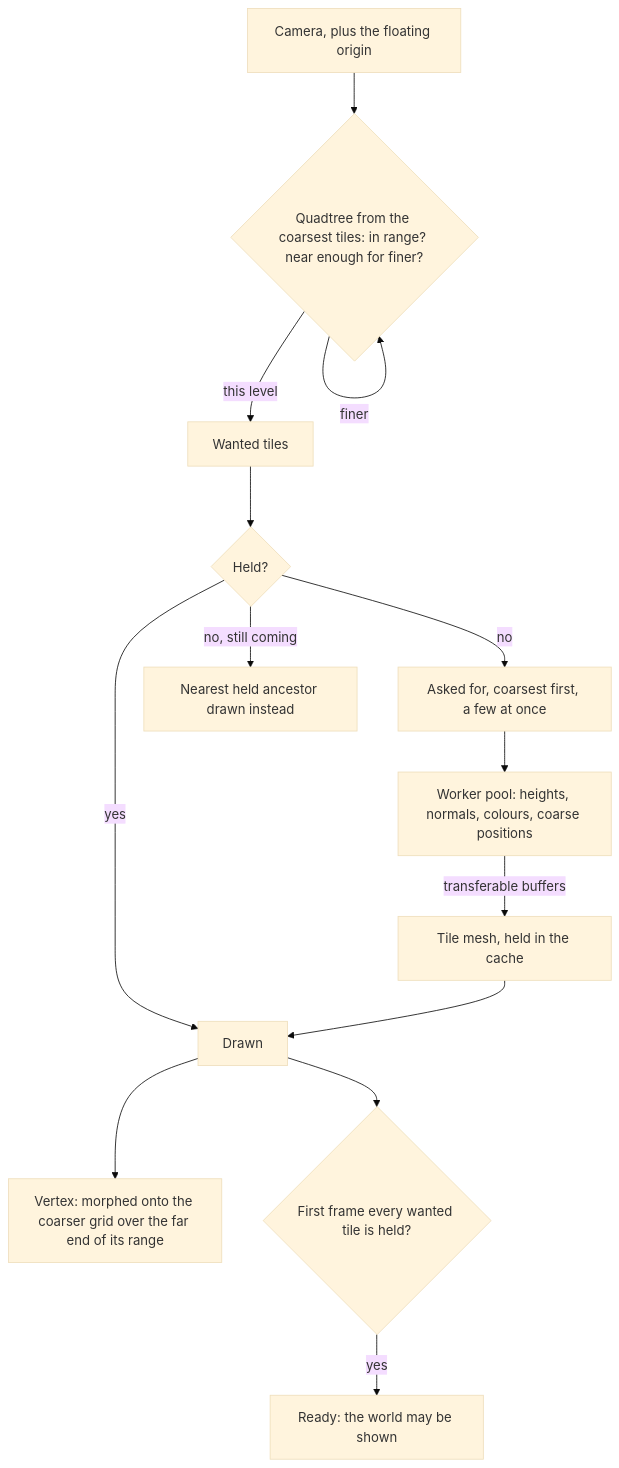
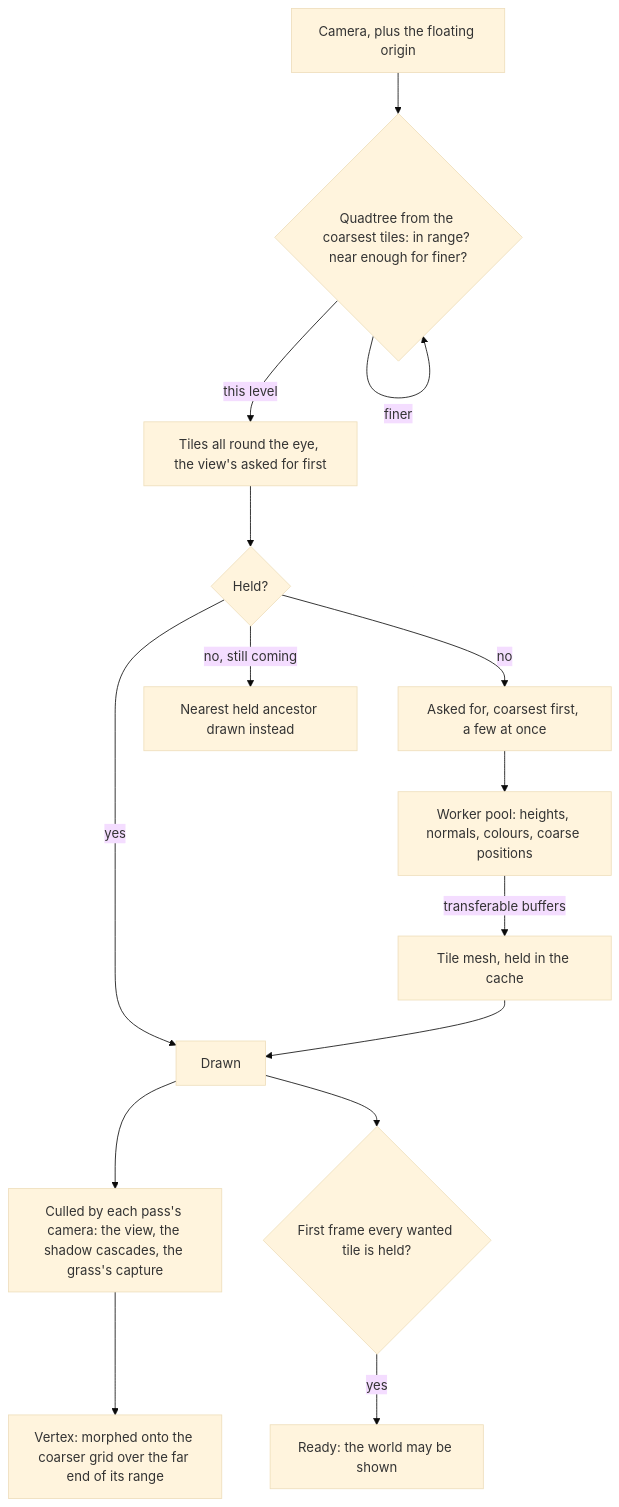
Before and after one commit to Esposter/Esposter: the diagram in apps/web/content/docs/genshin/terrain.md, drawn with Mermaid (base theme). The commit also changed other lines of this file and 11 other files, not shown here.

First line of the commit message:
fix(genshin): the ground is drawn all round the eye, so off-screen hills shade the view and the grass stands on its whole capture

````diff
--- a/apps/web/content/docs/genshin/terrain.md
+++ b/apps/web/content/docs/genshin/terrain.md
@@ -12,16 +12,17 @@
 ```mermaid
 flowchart TD
   CAM[Camera, plus the floating origin] --> QT{Quadtree from the coarsest tiles: in range? near enough for finer?}
   QT -->|finer| QT
-  QT -->|this level| W[Wanted tiles]
+  QT -->|this level| W[Tiles all round the eye, the view's asked for first]
   W --> ST{Held?}
   ST -->|no| REQ[Asked for, coarsest first, a few at once]
   REQ --> WK[Worker pool: heights, normals, colours, coarse positions]
   WK -->|transferable buffers| M[Tile mesh, held in the cache]
   ST -->|yes| D[Drawn]
   ST -->|no, still coming| A[Nearest held ancestor drawn instead]
   M --> D
-  D --> VS[Vertex: morphed onto the coarser grid over the far end of its range]
+  D --> CULL[Culled by each pass's camera: the view, the shadow cascades, the grass's capture]
+  CULL --> VS[Vertex: morphed onto the coarser grid over the far end of its range]
   D --> RD{First frame every wanted tile is held?}
   RD -->|yes| READY[Ready: the world may be shown]
 ```
````
